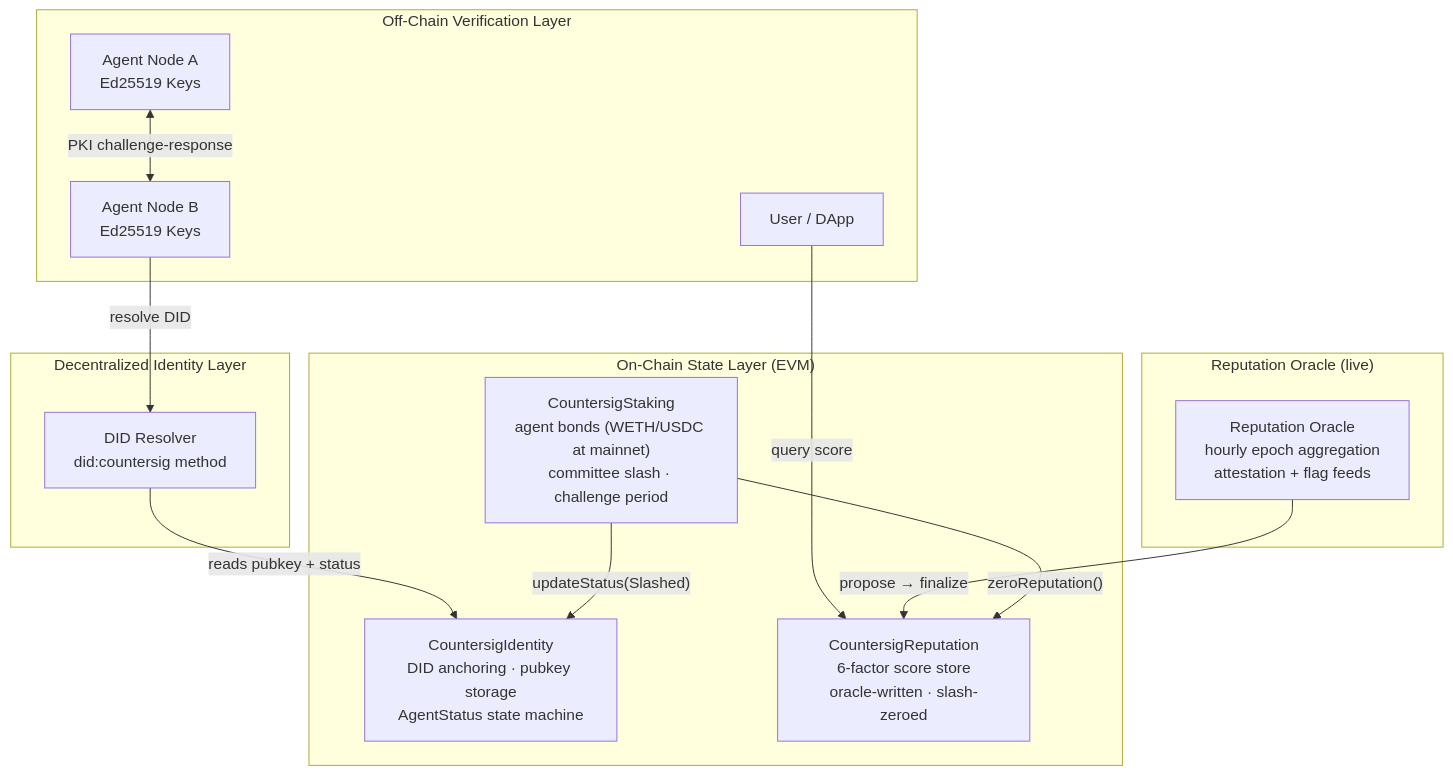
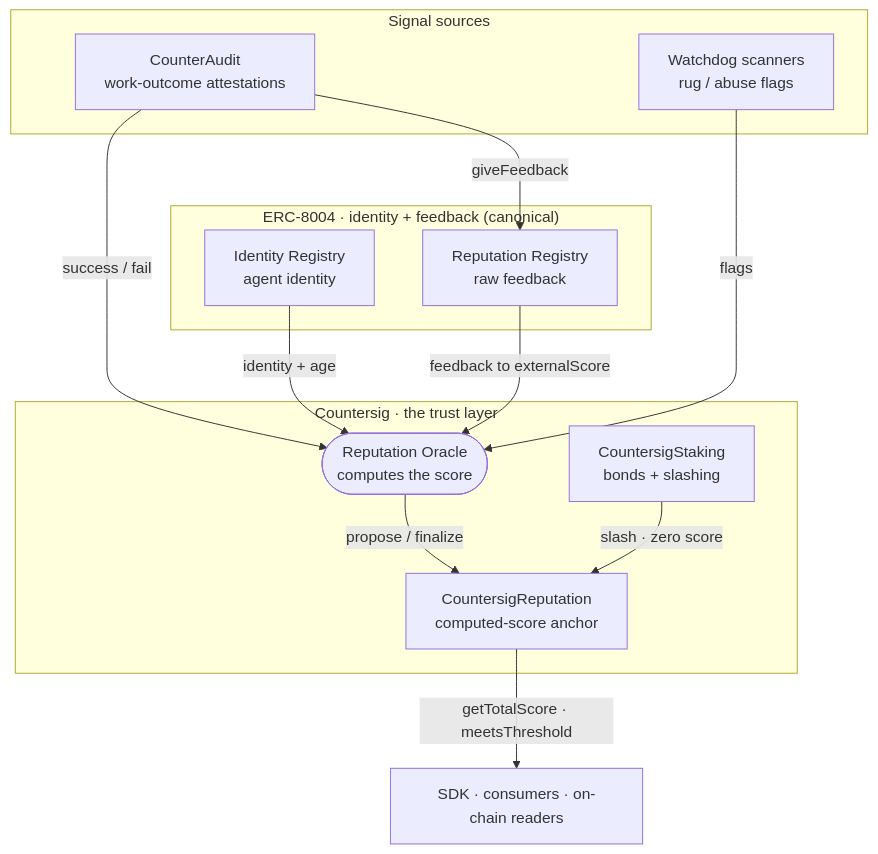
The first of 6 diagrams in README.md (RunTimeAdmin/countersig-network), drawn with Mermaid before and after one commit. The commit also changed other lines of this file and 1 other file, not shown here.

Commit message:
Fix stale architecture diagram; add docs/architecture.md.
The README architecture mermaid still showed did:countersig / CountersigIdentity
as the identity layer, contradicting the ERC-8004 adoption (ADR 0001). Replaced
it with the resolved signal topology: ERC-8004 as the canonical identity +
feedback substrate, Countersig as the oracle + computed-score + staking layer,
and the actual signal flows (attestations, flags, externalScore read, score
write, consumer reads). docs/architecture.md carries the full version with the
per-flow explanation and the deliberate loop-break note.

````diff
--- a/README.md
+++ b/README.md
@@ -35,30 +39,29 @@
 ```mermaid
 graph TB
-    subgraph offchain["Off-Chain Verification Layer"]
-        A["Agent Node A\nEd25519 Keys"]
-        B["Agent Node B\nEd25519 Keys"]
-        U["User / DApp"]
+    subgraph sources["Signal sources"]
+        CA["CounterAudit<br/>work-outcome attestations"]
+        WD["Watchdog scanners<br/>rug / abuse flags"]
     end
 
-    subgraph did_layer["Decentralized Identity Layer"]
-        R["DID Resolver\ndid:countersig method"]
+    subgraph erc8004["ERC-8004 · identity + feedback (canonical)"]
+        EID["Identity Registry<br/>agent identity"]
+        EREP["Reputation Registry<br/>raw feedback"]
     end
 
-    subgraph onchain["On-Chain State Layer (EVM)"]
-        ID["CountersigIdentity\nDID anchoring · pubkey storage\nAgentStatus state machine"]
-        REP["CountersigReputation\n6-factor score store\noracle-written · slash-zeroed"]
-        ST["CountersigStaking\nagent bonds (WETH/USDC at mainnet)\ncommittee slash · challenge period"]
+    subgraph countersig["Countersig · the trust layer"]
+        OR(["Reputation Oracle<br/>computes the score"])
+        REP["CountersigReputation<br/>computed-score anchor"]
+        ST["CountersigStaking<br/>bonds + slashing"]
     end
 
-    subgraph oracle["Reputation Oracle (live)"]
-        OC["Reputation Oracle\nhourly epoch aggregation\nattestation + flag feeds"]
-    end
+    CONS["SDK · consumers · on-chain readers"]
 
-    A <-->|"PKI challenge-response"| B
-    B -->|"resolve DID"| R
-    R -->|"reads pubkey + status"| ID
-    U -->|"query score"| REP
-    OC -->|"propose → finalize"| REP
-    ST -->|"updateStatus(Slashed)"| ID
-    ST -->|"zeroReputation()"| REP
+    CA -->|"success / fail"| OR
+    WD -->|"flags"| OR
+    EID -->|"identity + age"| OR
+    EREP -->|"feedback to externalScore"| OR
+    OR -->|"propose / finalize"| REP
+    ST -->|"slash · zero score"| REP
+    CA -->|"giveFeedback"| EREP
+    REP -->|"getTotalScore · meetsThreshold"| CONS
 ```
````
